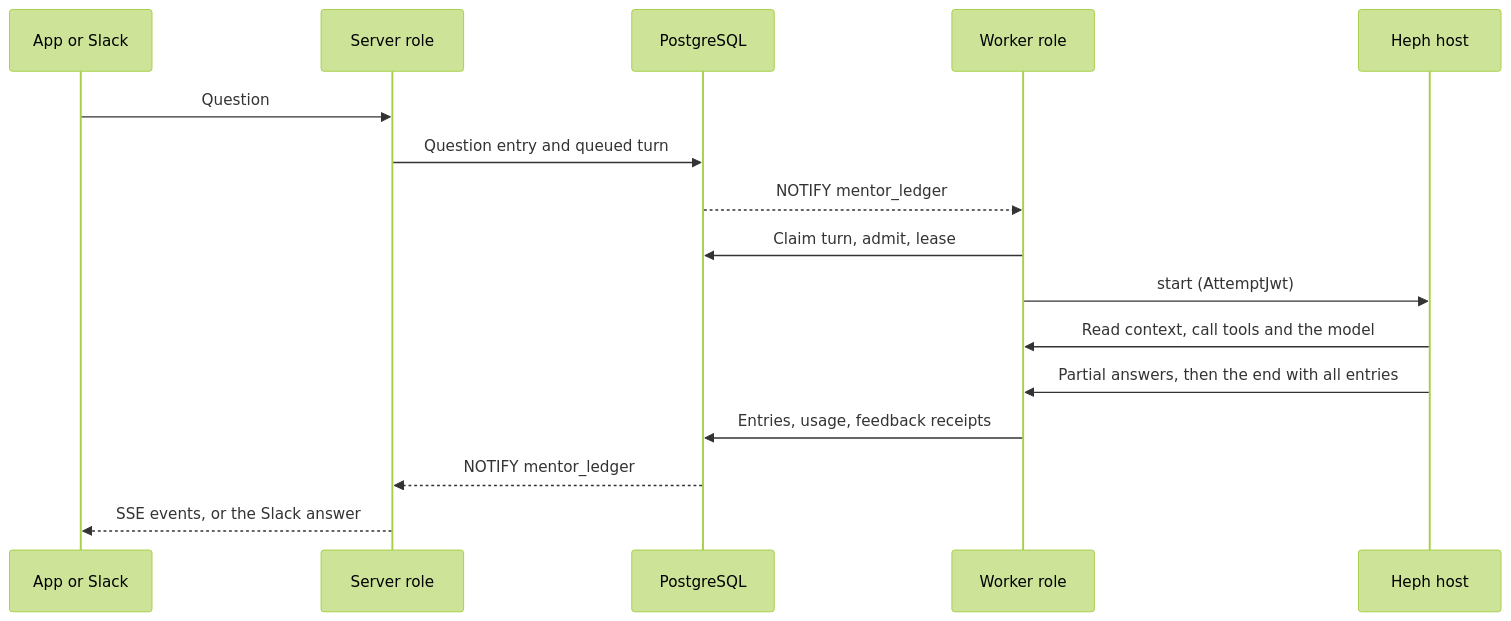
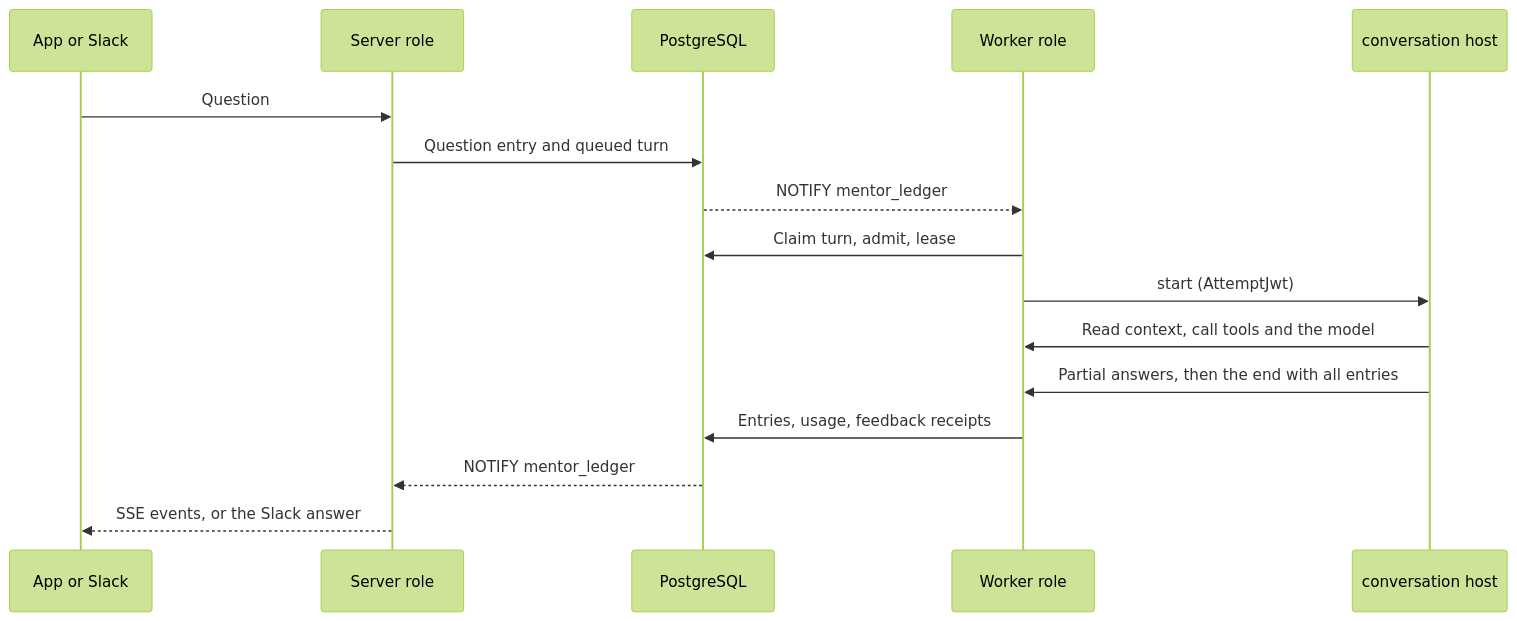
The third of 3 diagrams in docs/contributor/system-design.mdx (hephaestus-build/Hephaestus), drawn with Mermaid (forest theme) before and after one commit. The commit also changed other lines of this file and 385 other files, not shown here.

````diff
--- a/docs/contributor/system-design.mdx
+++ b/docs/contributor/system-design.mdx
@@ -126,20 +126,20 @@
 ```mermaid
 sequenceDiagram
-    accTitle: One Heph turn
-    accDescr: The server stores the question and a queued turn. A worker claims the turn after a PostgreSQL notification and starts it in its Heph host. The host reads the context, reports partial answers, and sends all entries with the end of the turn. The server streams changes to the app and posts Slack answers.
+    accTitle: One conversation turn
+    accDescr: The server stores the question and a queued turn. A worker claims the turn after a PostgreSQL notification and starts it in its conversation host. The host reads the context, reports partial answers, and sends all entries with the end of the turn. The server streams changes to the app and posts Slack answers.
     participant C as App or Slack
     participant S as Server role
     participant DB as PostgreSQL
     participant W as Worker role
-    participant H as Heph host
+    participant H as conversation host
     C->>S: Question
     S->>DB: Question entry and queued turn
     DB-->>W: NOTIFY mentor_ledger
     W->>DB: Claim turn, admit, lease
     W->>H: start (AttemptJwt)
     H->>W: Read context, call tools and the model
     H->>W: Partial answers, then the end with all entries
     W->>DB: Entries, usage, feedback receipts
     DB-->>S: NOTIFY mentor_ledger
     S-->>C: SSE events, or the Slack answer
 ```
````
